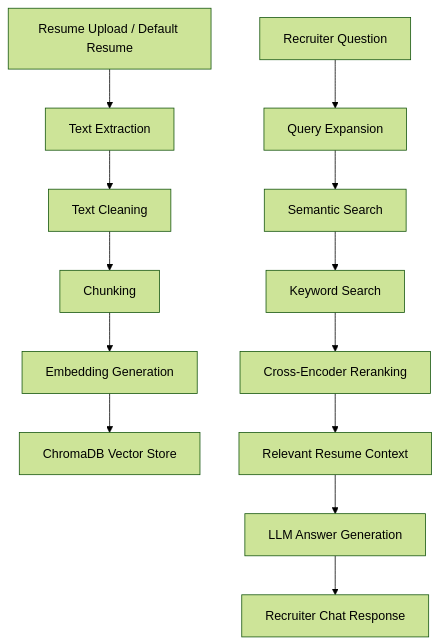
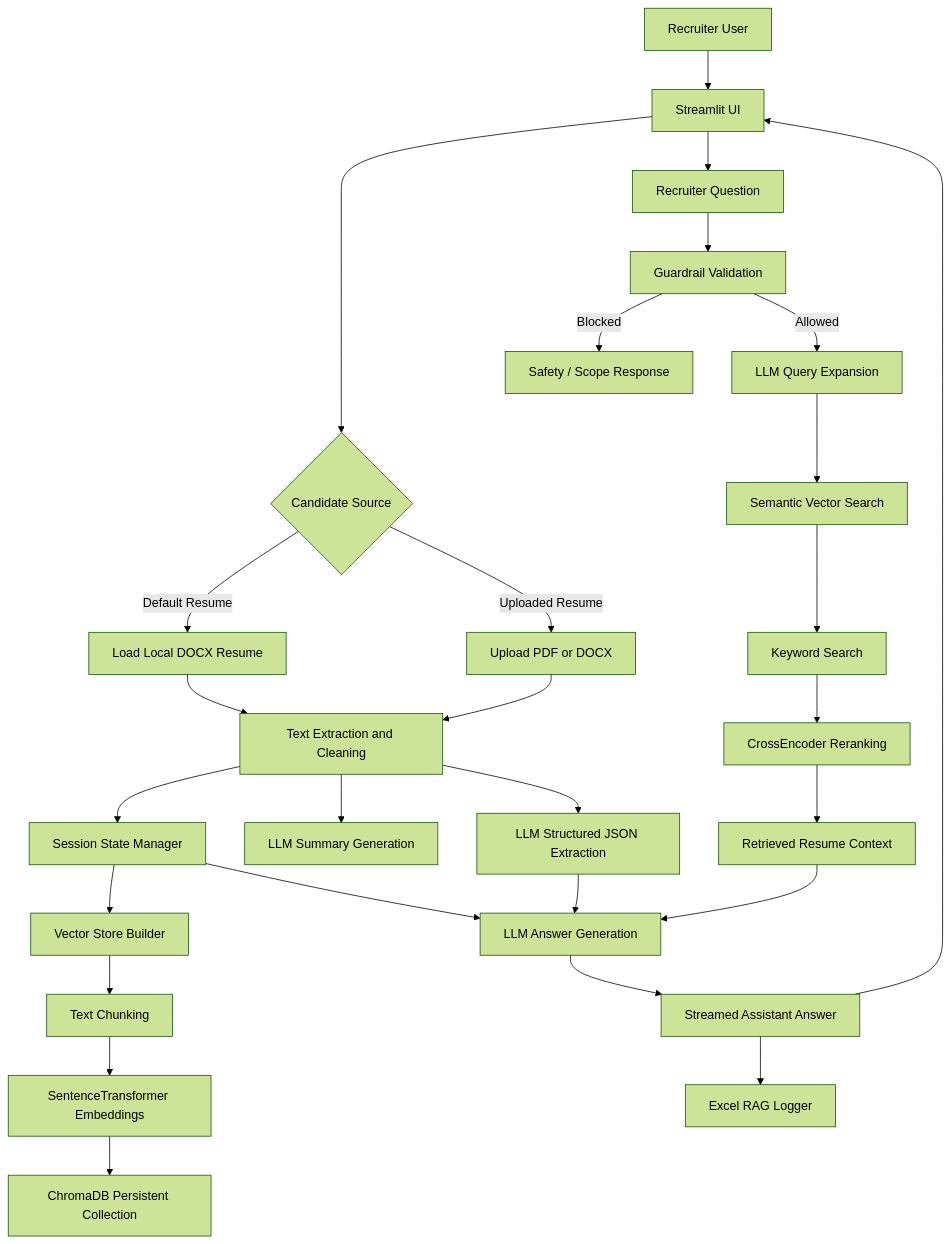
Before and after one commit to CKRG2001/RecruiterAssistant: the diagram in README.md, drawn with Mermaid (forest theme). The commit also changed other lines of this file and 2 other files, not shown here.

````diff
--- a/README.md
+++ b/README.md
@@ -177,15 +126,40 @@
 ```mermaid
 flowchart TD
-    A[Resume Upload / Default Resume] --> B[Text Extraction]
-    B --> C[Text Cleaning]
-    C --> D[Chunking]
-    D --> E[Embedding Generation]
-    E --> F[ChromaDB Vector Store]
-    G[Recruiter Question] --> H[Query Expansion]
-    H --> I[Semantic Search]
-    I --> J[Keyword Search]
-    J --> K[Cross-Encoder Reranking]
-    K --> L[Relevant Resume Context]
-    L --> M[LLM Answer Generation]
-    M --> N[Recruiter Chat Response]
+    A[Recruiter User] --> B[Streamlit UI]
+
+    B --> C{Candidate Source}
+    C -->|Default Resume| D[Load Local DOCX Resume]
+    C -->|Uploaded Resume| E[Upload PDF or DOCX]
+
+    D --> F[Text Extraction and Cleaning]
+    E --> F
+
+    F --> G[Session State Manager]
+    G --> H[Vector Store Builder]
+
+    H --> I[Text Chunking]
+    I --> J[SentenceTransformer Embeddings]
+    J --> K[ChromaDB Persistent Collection]
+
+    F --> L[LLM Summary Generation]
+    F --> M[LLM Structured JSON Extraction]
+
+    B --> N[Recruiter Question]
+    N --> O[Guardrail Validation]
+
+    O -->|Blocked| P[Safety / Scope Response]
+    O -->|Allowed| Q[LLM Query Expansion]
+
+    Q --> R[Semantic Vector Search]
+    R --> S[Keyword Search]
+    S --> T[CrossEncoder Reranking]
+    T --> U[Retrieved Resume Context]
+
+    U --> V[LLM Answer Generation]
+    M --> V
+    G --> V
+
+    V --> W[Streamed Assistant Answer]
+    W --> X[Excel RAG Logger]
+    W --> B
 ```
````
